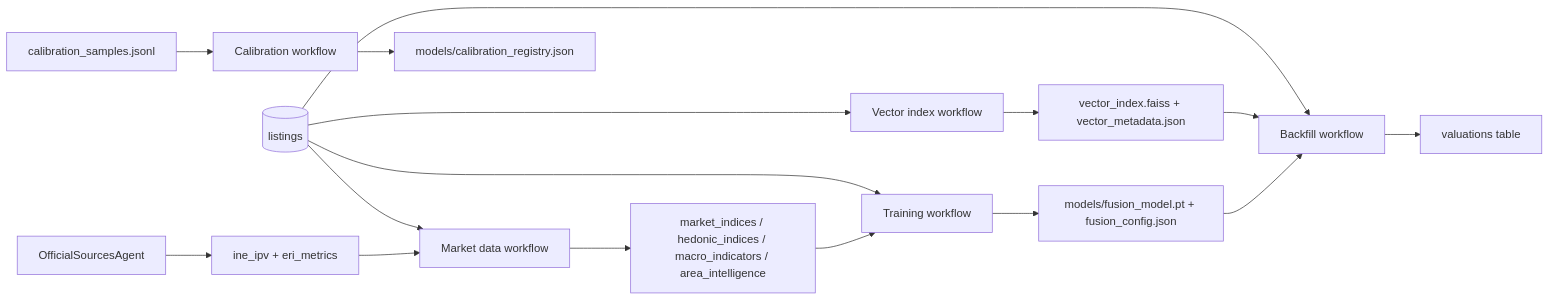
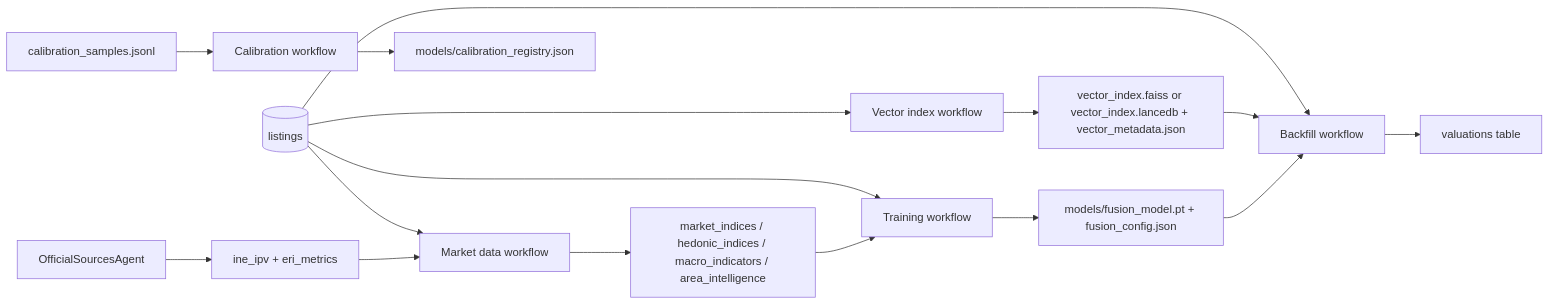
The third of 4 diagrams in docs/02_data_pipeline.md (Nirtzur0/PropertyScanner), drawn with Mermaid before and after one commit. The commit also changed other lines of this file and 58 other files, not shown here.

````diff
--- a/docs/02_data_pipeline.md
+++ b/docs/02_data_pipeline.md
@@ -57,22 +62,22 @@
 ```mermaid
 flowchart LR
     Listings[("listings")] --> MarketData["Market data workflow"]
     MarketData --> MarketTables["market_indices / hedonic_indices / macro_indicators / area_intelligence"]
 
     Gov["OfficialSourcesAgent"] --> GovData["ine_ipv + eri_metrics"] --> MarketData
 
     Listings --> Index["Vector index workflow"]
-    Index --> VectorIndex["vector_index.faiss + vector_metadata.json"]
+    Index --> VectorIndex["vector_index.faiss or vector_index.lancedb + vector_metadata.json"]
 
     Listings --> Train["Training workflow"]
     MarketTables --> Train
     Train --> ModelArtifacts["models/fusion_model.pt + fusion_config.json"]
 
     Listings --> Backfill["Backfill workflow"]
     VectorIndex --> Backfill
     ModelArtifacts --> Backfill
     Backfill --> Val["valuations table"]
 
     CalibSamples["calibration_samples.jsonl"] --> CalibUpdate["Calibration workflow"]
     CalibUpdate --> Calib["models/calibration_registry.json"]
 ```
````
